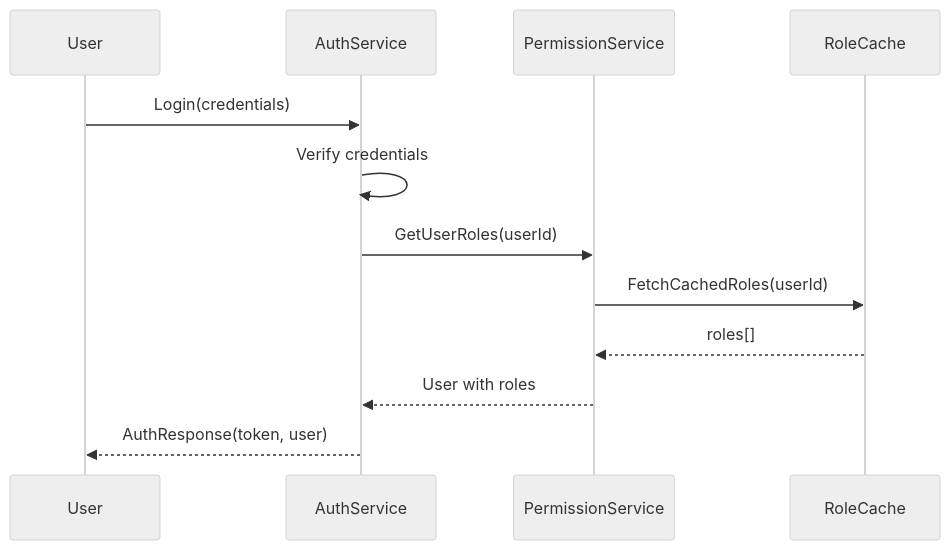
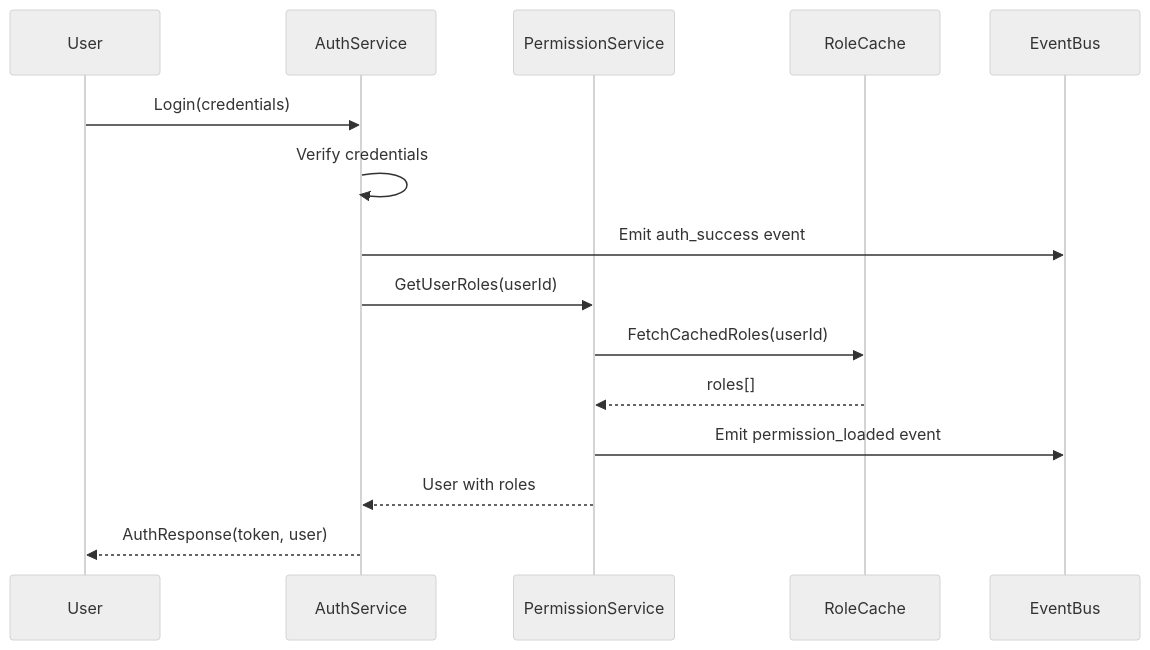
One commit to tesfayekb/core-base changed the diagram in src/docs/integration/SECURITY_RBAC_INTEGRATION.md. Above: the diagram before and after it, drawn with Mermaid (neutral theme). The commit also changed other lines of this file and 3 other files, not shown here.

First line of the commit message:
Fix: Event architecture inconsistencies

````diff
--- a/src/docs/integration/SECURITY_RBAC_INTEGRATION.md
+++ b/src/docs/integration/SECURITY_RBAC_INTEGRATION.md
@@ -13,15 +17,18 @@
 ```mermaid
 sequenceDiagram
     participant U as User
     participant AS as AuthService
     participant PS as PermissionService
     participant RC as RoleCache
+    participant EB as EventBus
     
     U->>AS: Login(credentials)
     AS->>AS: Verify credentials
+    AS->>EB: Emit auth_success event
     AS->>PS: GetUserRoles(userId)
     PS->>RC: FetchCachedRoles(userId)
     RC-->>PS: roles[]
+    PS->>EB: Emit permission_loaded event
     PS-->>AS: User with roles
     AS-->>U: AuthResponse(token, user)
 ```
````
